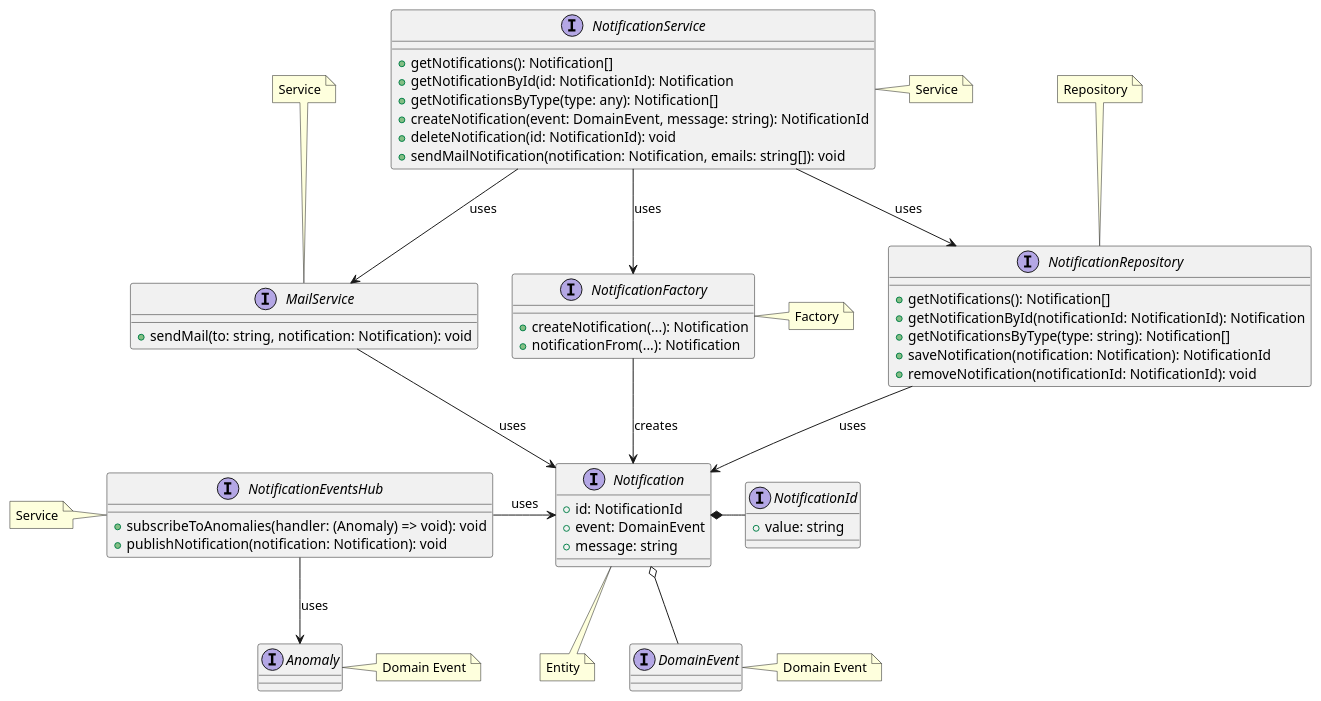
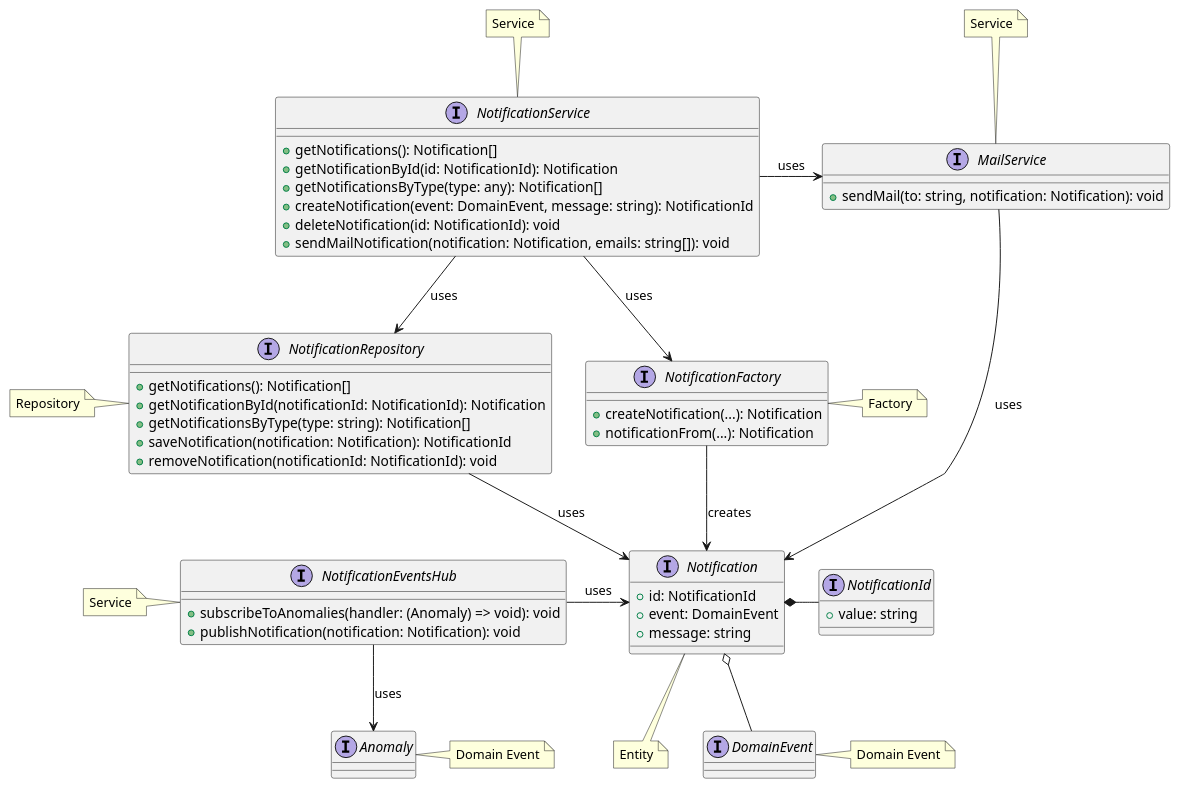
The diagram in docs/uml/domain/bounded-context/new/Notification.puml (revue-org/revue), drawn with PlantUML before and after one commit. The commit also changed 5 other files, not shown here.

Commit message:
docs(uml): minor fixes to uml

```diff
--- a/docs/uml/domain/bounded-context/new/Notification.puml
+++ b/docs/uml/domain/bounded-context/new/Notification.puml
@@ -1,67 +1,67 @@
 @startuml
 
 interface DomainEvent
 note right of DomainEvent : Domain Event
 
 interface NotificationId {
   + value: string
 }
 
 interface Notification {
   + id: NotificationId
   + event: DomainEvent
   + message: string
 }
 note bottom of Notification : Entity
 Notification *- NotificationId
 Notification o-- DomainEvent
 
 interface NotificationFactory {
   + createNotification(...): Notification
   + notificationFrom(...): Notification
 }
 note right of NotificationFactory : Factory
 NotificationFactory --> Notification : creates
 
 interface NotificationRepository {
   + getNotifications(): Notification[]
   + getNotificationById(notificationId: NotificationId): Notification
   + getNotificationsByType(type: string): Notification[]
   + saveNotification(notification: Notification): NotificationId
   + removeNotification(notificationId: NotificationId): void
 }
-note top of NotificationRepository : Repository
+note left of NotificationRepository : Repository
 NotificationRepository --> Notification : uses
 
 
 interface NotificationService {
   + getNotifications(): Notification[]
   + getNotificationById(id: NotificationId): Notification
   + getNotificationsByType(type: any): Notification[]
   + createNotification(event: DomainEvent, message: string): NotificationId
   + deleteNotification(id: NotificationId): void
   + sendMailNotification(notification: Notification, emails: string[]): void
 }
-note right of NotificationService : Service
+note top of NotificationService : Service
 NotificationService --> NotificationRepository : uses
 NotificationService --> NotificationFactory : uses
-NotificationService --> MailService : uses
+NotificationService -right-> MailService : uses
 
 interface Anomaly
 note right of Anomaly : Domain Event
 
 interface NotificationEventsHub {
   + subscribeToAnomalies(handler: (Anomaly) => void): void
   + publishNotification(notification: Notification): void
 }
 note left of NotificationEventsHub : Service
 NotificationEventsHub --> Anomaly : uses
 NotificationEventsHub -right-> Notification : uses
 
 interface MailService {
   + sendMail(to: string, notification: Notification): void
 }
 note top of MailService : Service
 MailService --> Notification : uses
 
 @enduml
```
